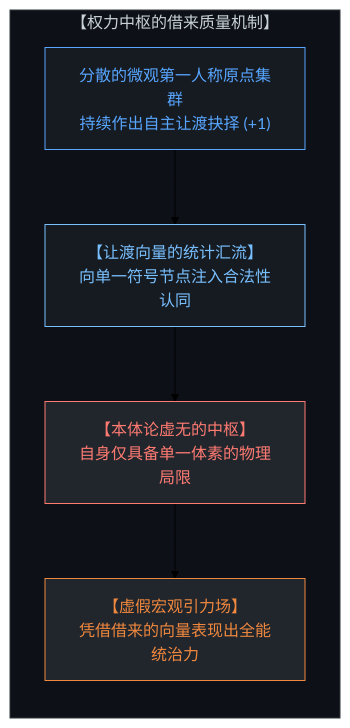
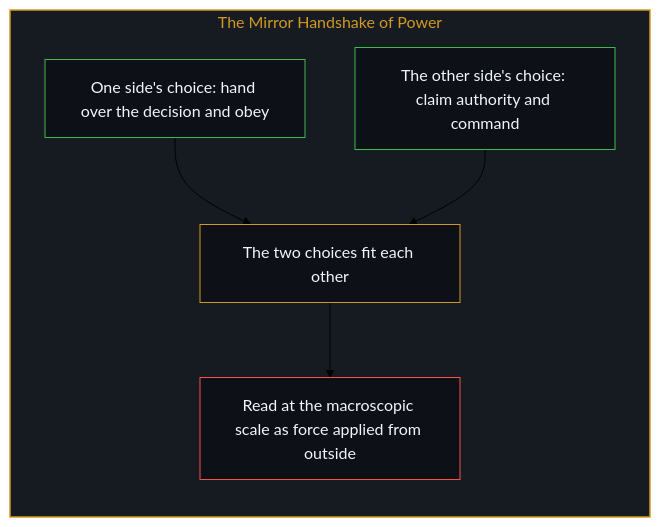
Before and after one commit to powerpig99/not-a-toe: the second of 12 diagrams in content/posts/the-mirror-handshake-of-power.md, drawn with Mermaid (forest theme). The commit also changed other lines of this file and 3 other files, not shown here.

Commit message:
Refine the-mirror-handshake-of-power: alternating bilingual layout, English diagram twins, first-person framing

````diff
--- a/content/posts/the-mirror-handshake-of-power.md
+++ b/content/posts/the-mirror-handshake-of-power.md
@@ -40,18 +39,19 @@
 ```mermaid
-graph TD
-    subgraph EmperorVoid["【权力中枢的借来质量机制】"]
+flowchart TD
+    subgraph S_Handshake["The Mirror Handshake of Power"]
         direction TB
-        IndividualOrigins["分散的微观第一人称原点集群<br>持续作出自主让渡抉择 (+1)"]
-        SurrenderedStream["【让渡向量的统计汇流】<br>向单一符号节点注入合法性认同"]
-        CentralNode["【本体论虚无的中枢】<br>自身仅具备单一体素的物理局限"]
-        BorrowedMass["【虚假宏观引力场】<br>凭借借来的向量表现出全能统治力"]
-        IndividualOrigins --> SurrenderedStream
-        SurrenderedStream --> CentralNode
-        CentralNode --> BorrowedMass
+        Yield["One side's choice: hand over the decision and obey"]
+        Claim["The other side's choice: claim authority and command"]
+        Fit["The two choices fit each other"]
+        Power["Read at the macroscopic scale as force applied from outside"]
+        Yield --> Fit
+        Claim --> Fit
+        Fit --> Power
     end
-    style EmperorVoid fill:#0d1117,stroke:#30363d,stroke-width:1px,color:#c9d1d9
-    style IndividualOrigins fill:#161b22,stroke:#58a6ff,stroke-width:1px,color:#58a6ff
-    style SurrenderedStream fill:#161b22,stroke:#79c0ff,stroke-width:1px,color:#79c0ff
-    style CentralNode fill:#21262d,stroke:#ff7b72,color:#ff7b72
-    style BorrowedMass fill:#21262d,stroke:#f0883e,color:#f0883e
+
+    style S_Handshake fill:#161b22,stroke:#d29922,stroke-width:1.5px,color:#d29922
+    style Yield fill:#0d1117,stroke:#3fb950,stroke-width:1px,color:#f0f6fc
+    style Claim fill:#0d1117,stroke:#3fb950,stroke-width:1px,color:#f0f6fc
+    style Fit fill:#0d1117,stroke:#d29922,stroke-width:1px,color:#f0f6fc
+    style Power fill:#0d1117,stroke:#f85149,stroke-width:1px,color:#f0f6fc
 ```
````
